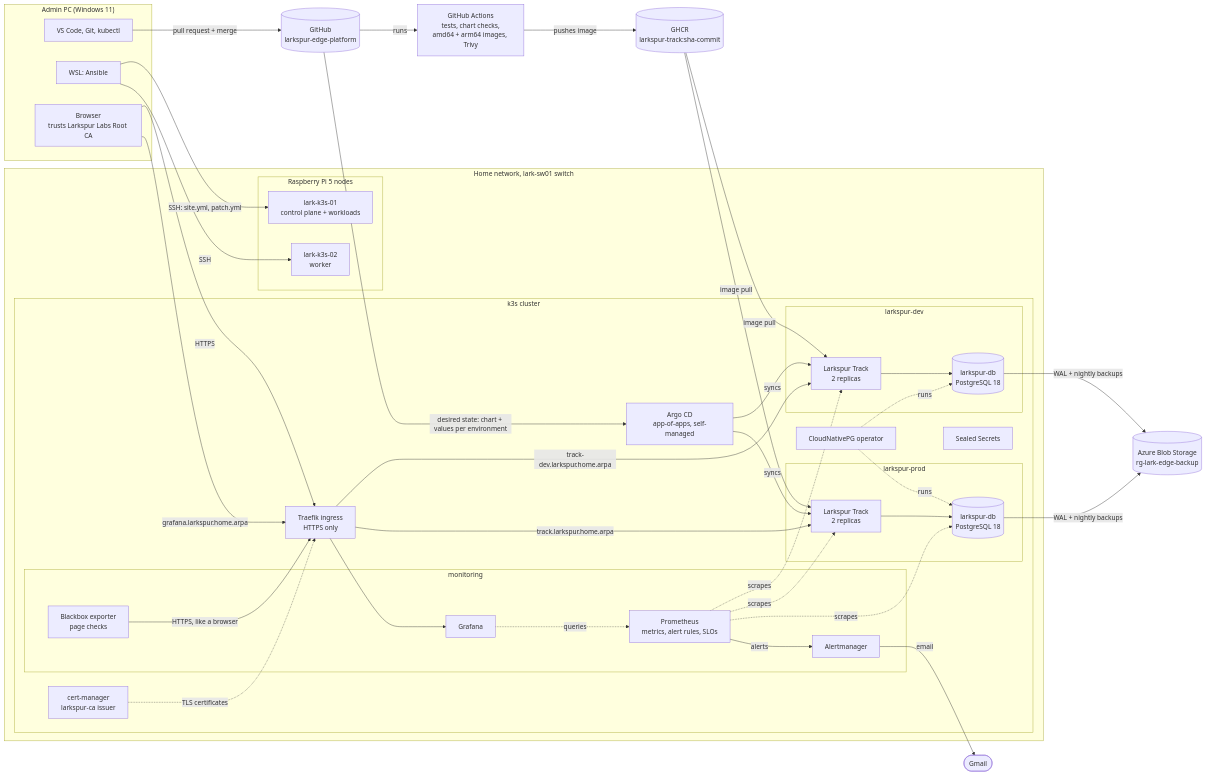
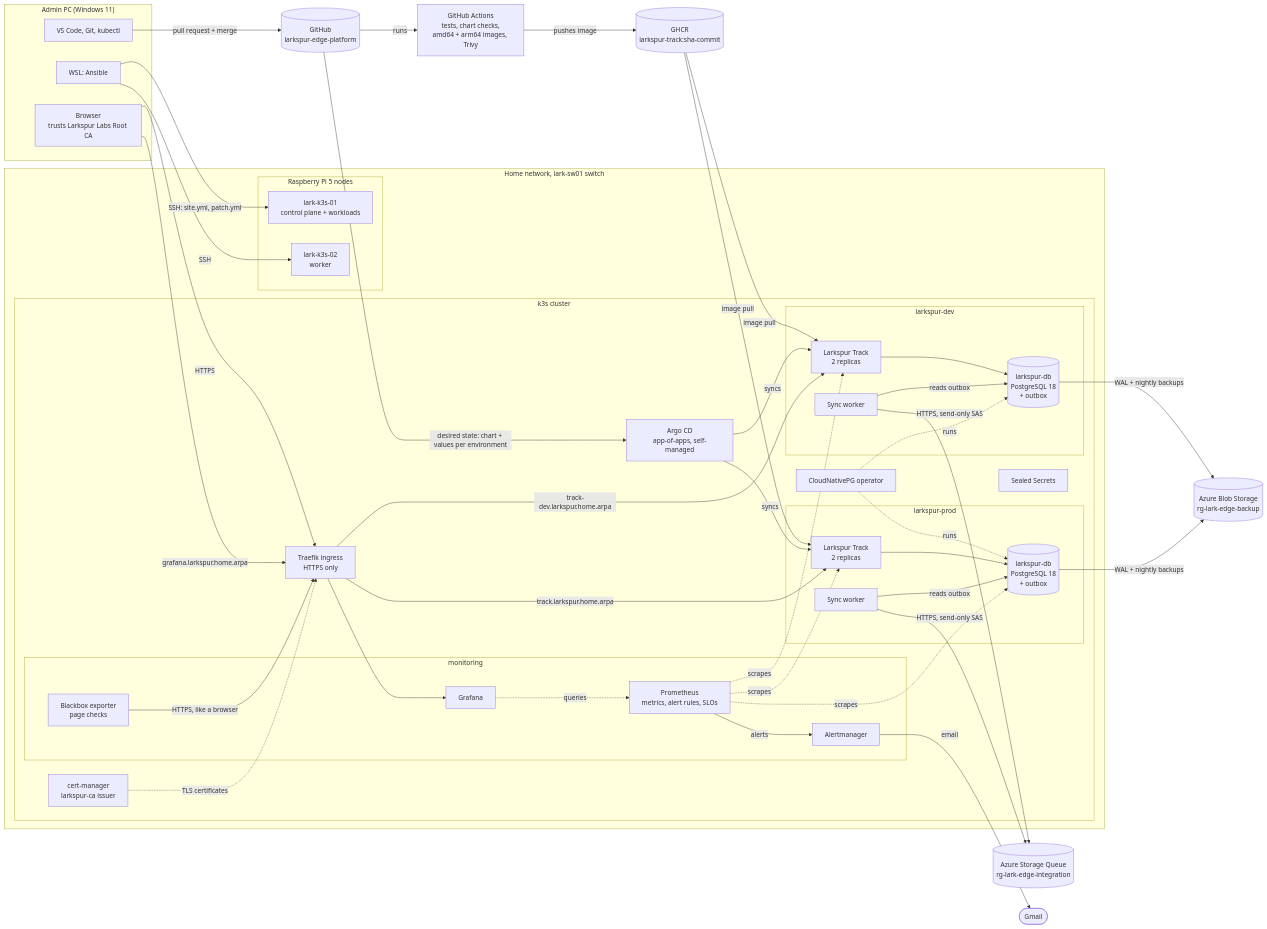
The diagram in README.md (ChefBoyRJeff/larkspur-edge-platform), drawn with Mermaid before and after one commit. The commit also changed other lines of this file, not shown here.

Commit message:
docs(readme): describe the offline-first sync to Azure

````diff
--- a/README.md
+++ b/README.md
@@ -17,71 +17,78 @@
 ```mermaid
 flowchart LR
   subgraph PC["Admin PC (Windows 11)"]
     dev["VS Code, Git, kubectl"]
     wsl["WSL: Ansible"]
     browser["Browser<br/>trusts Larkspur Labs Root CA"]
   end
 
   gh[("GitHub<br/>larkspur-edge-platform")]
   blob[("Azure Blob Storage<br/>rg-lark-edge-backup")]
+  queue[("Azure Storage Queue<br/>rg-lark-edge-integration")]
   actions["GitHub Actions<br/>tests, chart checks,<br/>amd64 + arm64 images, Trivy"]
   ghcr[("GHCR<br/>larkspur-track:sha-commit")]
 
   subgraph SITE["Home network, lark-sw01 switch"]
     subgraph NODES["Raspberry Pi 5 nodes"]
       n1["lark-k3s-01<br/>control plane + workloads"]
       n2["lark-k3s-02<br/>worker"]
     end
     subgraph K3S["k3s cluster"]
       argocd["Argo CD<br/>app-of-apps, self-managed"]
       cm["cert-manager<br/>larkspur-ca issuer"]
       ss["Sealed Secrets"]
       cnpg["CloudNativePG operator"]
       traefik["Traefik ingress<br/>HTTPS only"]
       subgraph MON["monitoring"]
         prom["Prometheus<br/>metrics, alert rules, SLOs"]
         am["Alertmanager"]
         grafana["Grafana"]
         bbx["Blackbox exporter<br/>page checks"]
       end
       subgraph DEVNS["larkspur-dev"]
         devapp["Larkspur Track<br/>2 replicas"]
-        devdb[("larkspur-db<br/>PostgreSQL 18")]
+        devsync["Sync worker"]
+        devdb[("larkspur-db<br/>PostgreSQL 18<br/>+ outbox")]
       end
       subgraph PRODNS["larkspur-prod"]
         prodapp["Larkspur Track<br/>2 replicas"]
-        proddb[("larkspur-db<br/>PostgreSQL 18")]
+        prodsync["Sync worker"]
+        proddb[("larkspur-db<br/>PostgreSQL 18<br/>+ outbox")]
       end
     end
   end
 
   dev -->|"pull request + merge"| gh
   gh -->|"runs"| actions
   actions -->|"pushes image"| ghcr
   gh -->|"desired state: chart + values per environment"| argocd
   argocd -->|"syncs"| devapp
   argocd -->|"syncs"| prodapp
   ghcr -->|"image pull"| devapp
   ghcr -->|"image pull"| prodapp
   cnpg -.->|"runs"| devdb
   cnpg -.->|"runs"| proddb
   devdb -->|"WAL + nightly backups"| blob
   proddb -->|"WAL + nightly backups"| blob
   devapp --> devdb
   prodapp --> proddb
+  devsync -->|"reads outbox"| devdb
+  prodsync -->|"reads outbox"| proddb
+  devsync -->|"HTTPS, send-only SAS"| queue
+  prodsync -->|"HTTPS, send-only SAS"| queue
   wsl -->|"SSH: site.yml, patch.yml"| n1
   wsl -->|"SSH"| n2
   browser -->|"HTTPS"| traefik
   traefik -->|"track-dev.larkspur.home.arpa"| devapp
   traefik -->|"track.larkspur.home.arpa"| prodapp
   cm -.->|"TLS certificates"| traefik
   prom -.->|"scrapes"| devapp
   prom -.->|"scrapes"| prodapp
   prom -.->|"scrapes"| proddb
   bbx -->|"HTTPS, like a browser"| traefik
   prom -->|"alerts"| am
   am -->|"email"| gmail(["Gmail"])
   browser -->|"grafana.larkspur.home.arpa"| traefik
   traefik --> grafana
   grafana -.->|"queries"| prom
 ```
````
